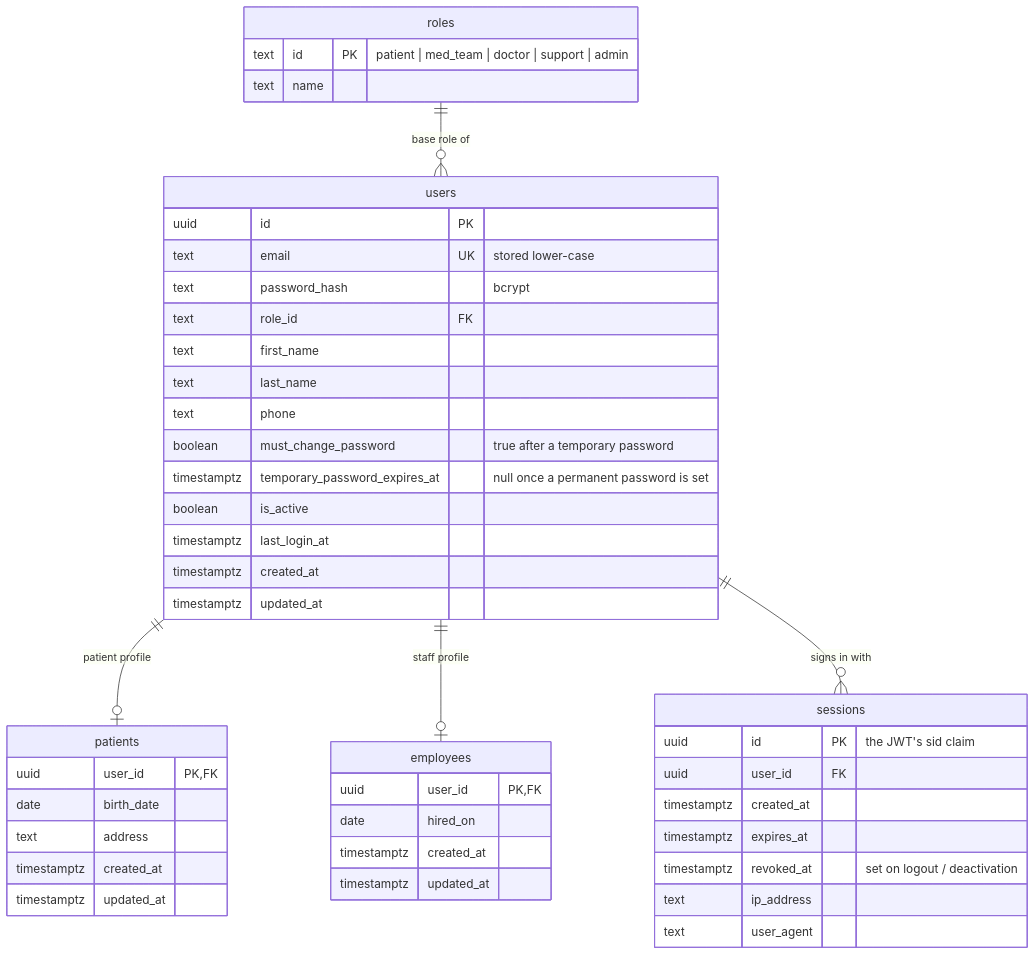
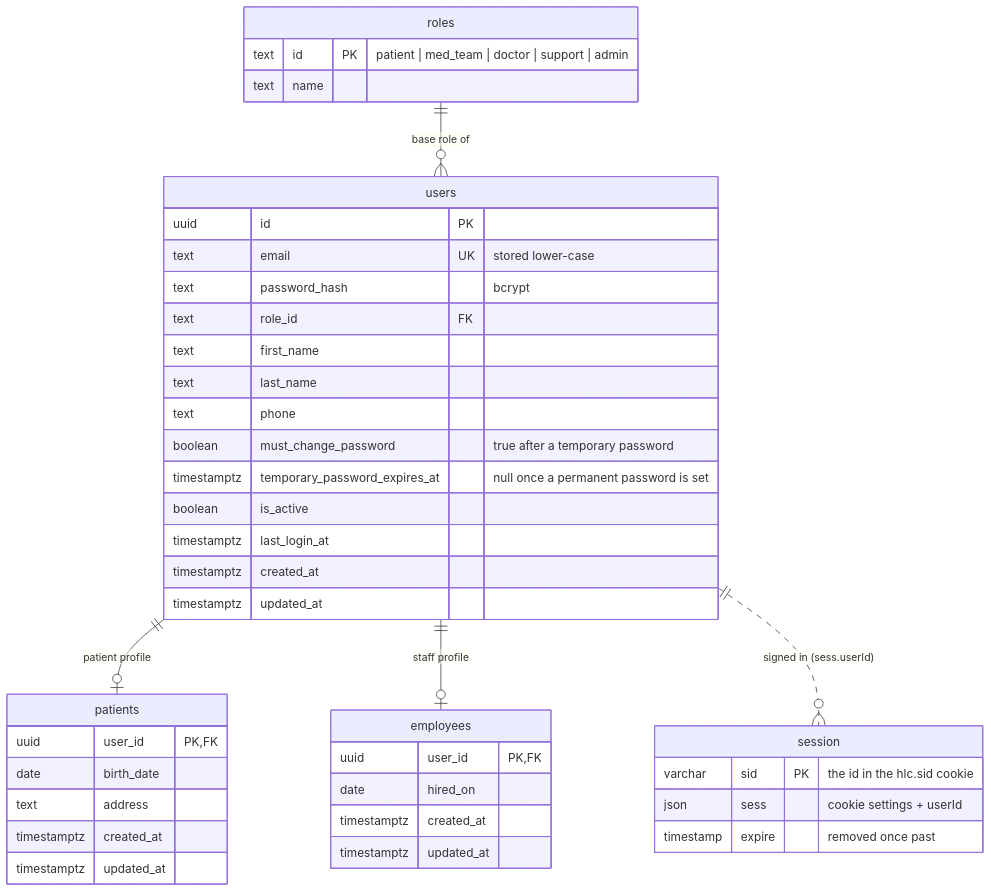
The diagram in docs/erd/identity.md (JM-GrizzlyBear/HomeLabConnect), drawn with Mermaid before and after one commit. The commit also changed other lines of this file and 4 other files, not shown here.

````diff
--- a/docs/erd/identity.md
+++ b/docs/erd/identity.md
@@ -5,49 +5,45 @@
 ```mermaid
 erDiagram
     roles ||--o{ users : "base role of"
     users ||--o| patients : "patient profile"
     users ||--o| employees : "staff profile"
-    users ||--o{ sessions : "signs in with"
+    users ||..o{ session : "signed in (sess.userId)"
 
     roles {
         text id PK "patient | med_team | doctor | support | admin"
         text name
     }
     users {
         uuid id PK
         text email UK "stored lower-case"
         text password_hash "bcrypt"
         text role_id FK
         text first_name
         text last_name
         text phone
         boolean must_change_password "true after a temporary password"
         timestamptz temporary_password_expires_at "null once a permanent password is set"
         boolean is_active
         timestamptz last_login_at
         timestamptz created_at
         timestamptz updated_at
     }
     patients {
         uuid user_id PK, FK
         date birth_date
         text address
         timestamptz created_at
         timestamptz updated_at
     }
     employees {
         uuid user_id PK, FK
         date hired_on
         timestamptz created_at
         timestamptz updated_at
     }
-    sessions {
-        uuid id PK "the JWT's sid claim"
-        uuid user_id FK
-        timestamptz created_at
-        timestamptz expires_at
-        timestamptz revoked_at "set on logout / deactivation"
-        text ip_address
-        text user_agent
+    session {
+        varchar sid PK "the id in the hlc.sid cookie"
+        json sess "cookie settings + userId"
+        timestamp expire "removed once past"
     }
 ```
````
